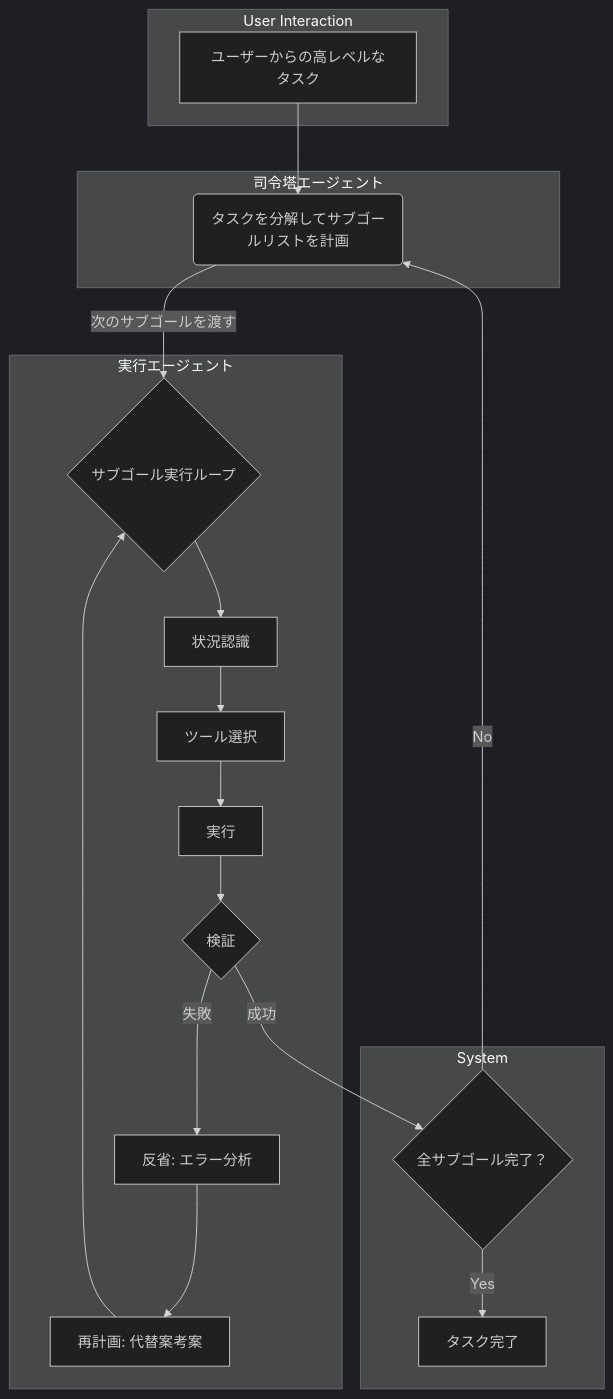
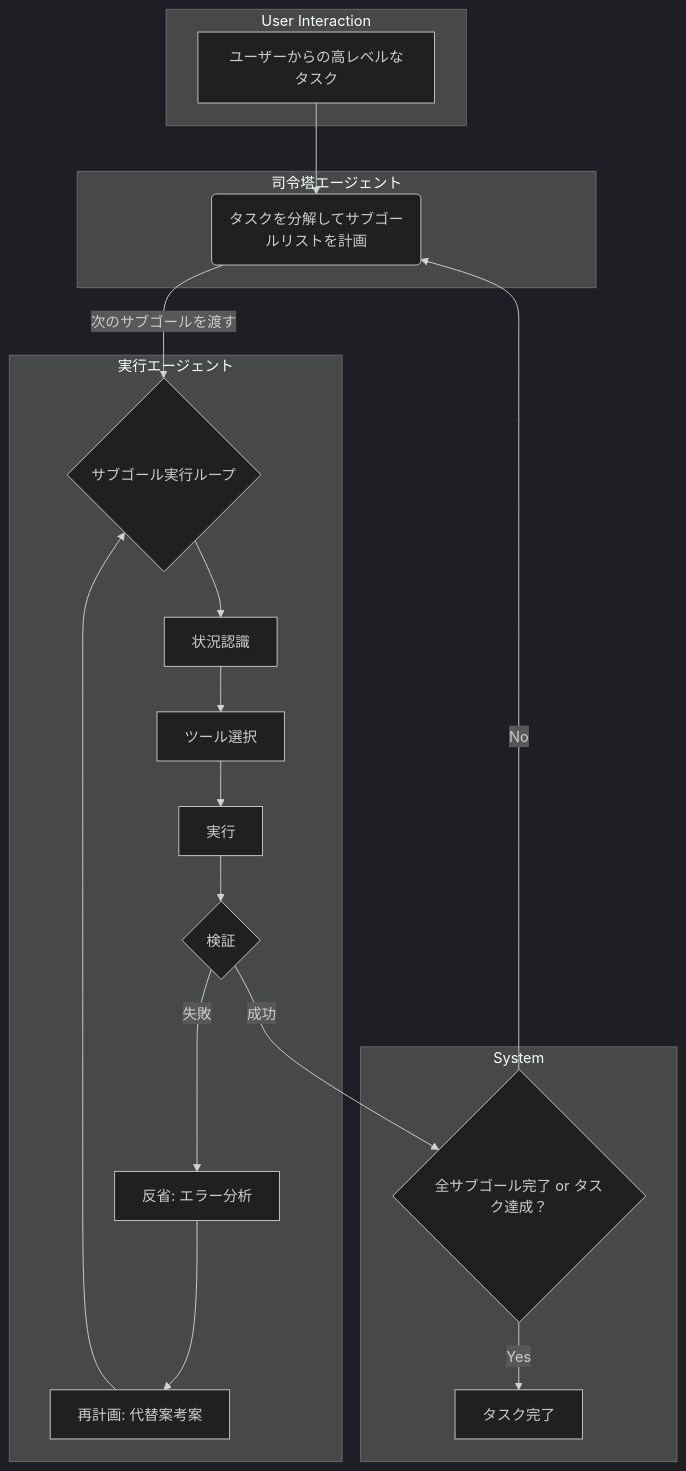
One commit to sella-roum/stagehand-agent-console changed the diagram in README.md. Above: the diagram before and after it, drawn with Mermaid (dark theme).

````diff
--- a/README.md
+++ b/README.md
@@ -31,39 +31,39 @@
 ```mermaid
 graph TD
     subgraph User Interaction
         A[ユーザーからの高レベルなタスク]
     end
 
     subgraph Chief Agent [司令塔エージェント]
         B(タスクを分解してサブゴールリストを計画)
     end
 
     subgraph Task Automation Agent [実行エージェント]
         C{サブゴール実行ループ}
         D[状況認識]
         E[ツール選択]
         F[実行]
         G{検証}
         H[反省: エラー分析]
         I[再計画: 代替案考案]
     end
 
     subgraph System
-        J{全サブゴール完了？}
+        J{全サブゴール完了 or タスク達成？}
         K[タスク完了]
     end
 
     A --> B
     B -->|次のサブゴールを渡す| C
     C --> D
     D --> E
     E --> F
     F --> G
     G -- 成功 --> J
     G -- 失敗 --> H
     H --> I
     I --> C
 
     J -- No --> B
     J -- Yes --> K
 ```
````
